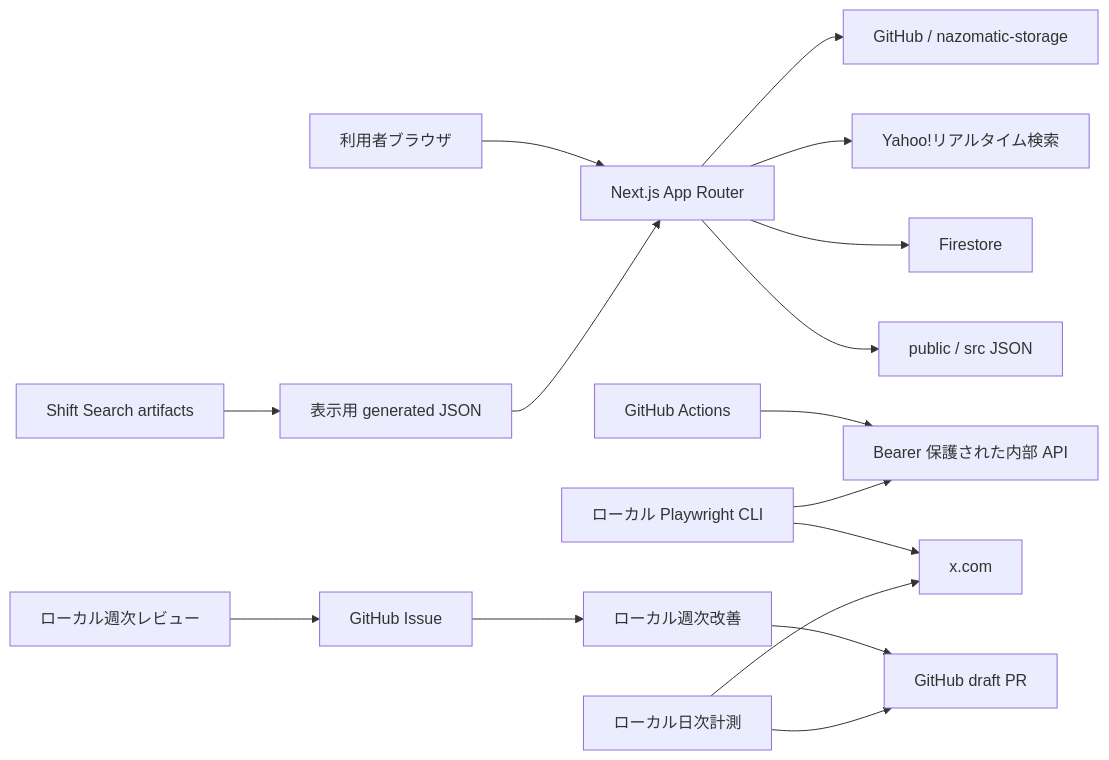
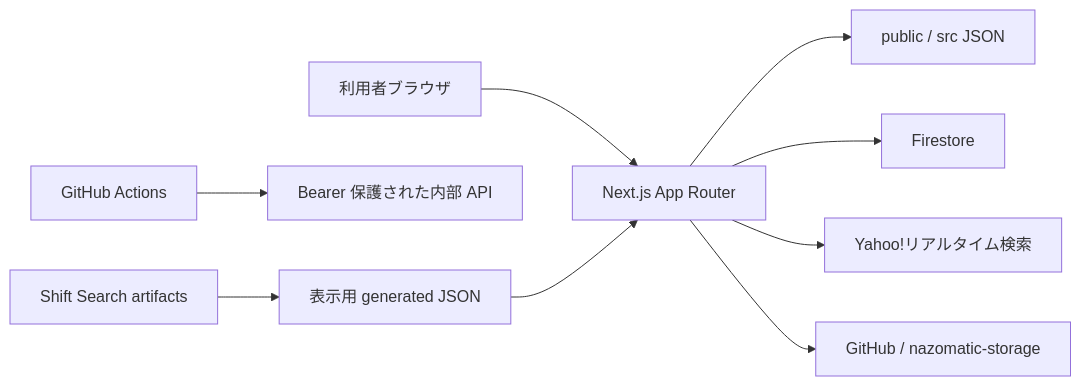
One commit to FukaseDaichi/nazomatic changed the diagram in docs/system-design/README.md. Above: the diagram before and after it, drawn with Mermaid. The commit also changed other lines of this file and 80 other files, not shown here.

````diff
--- a/docs/system-design/README.md
+++ b/docs/system-design/README.md
@@ -9,18 +9,11 @@
 ```mermaid
 flowchart LR
   browser["利用者ブラウザ"] --> next["Next.js App Router"]
   next --> publicData["public / src JSON"]
   next --> firestore["Firestore"]
   next --> yahoo["Yahoo!リアルタイム検索"]
   next --> github["GitHub / nazomatic-storage"]
   actions["GitHub Actions"] --> internalApi["Bearer 保護された内部 API"]
-  localCli["ローカル Playwright CLI"] --> internalApi
-  localCli --> xweb["x.com"]
-  localReview["ローカル週次レビュー"] --> githubIssue["GitHub Issue"]
-  githubIssue --> localImprove["ローカル週次改善"]
-  localImprove --> draftPr["GitHub draft PR"]
-  localMaintain["ローカル日次計測"] --> xweb
-  localMaintain --> draftPr
   artifacts["Shift Search artifacts"] --> generated["表示用 generated JSON"]
   generated --> next
 ```
````
